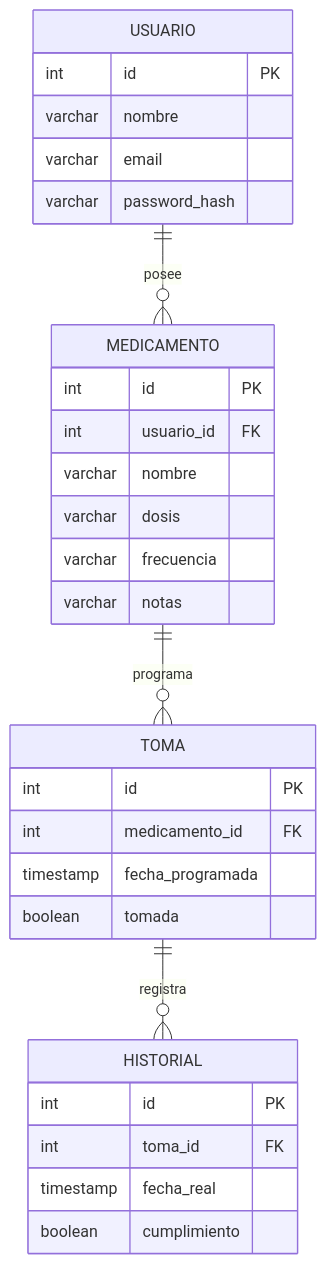
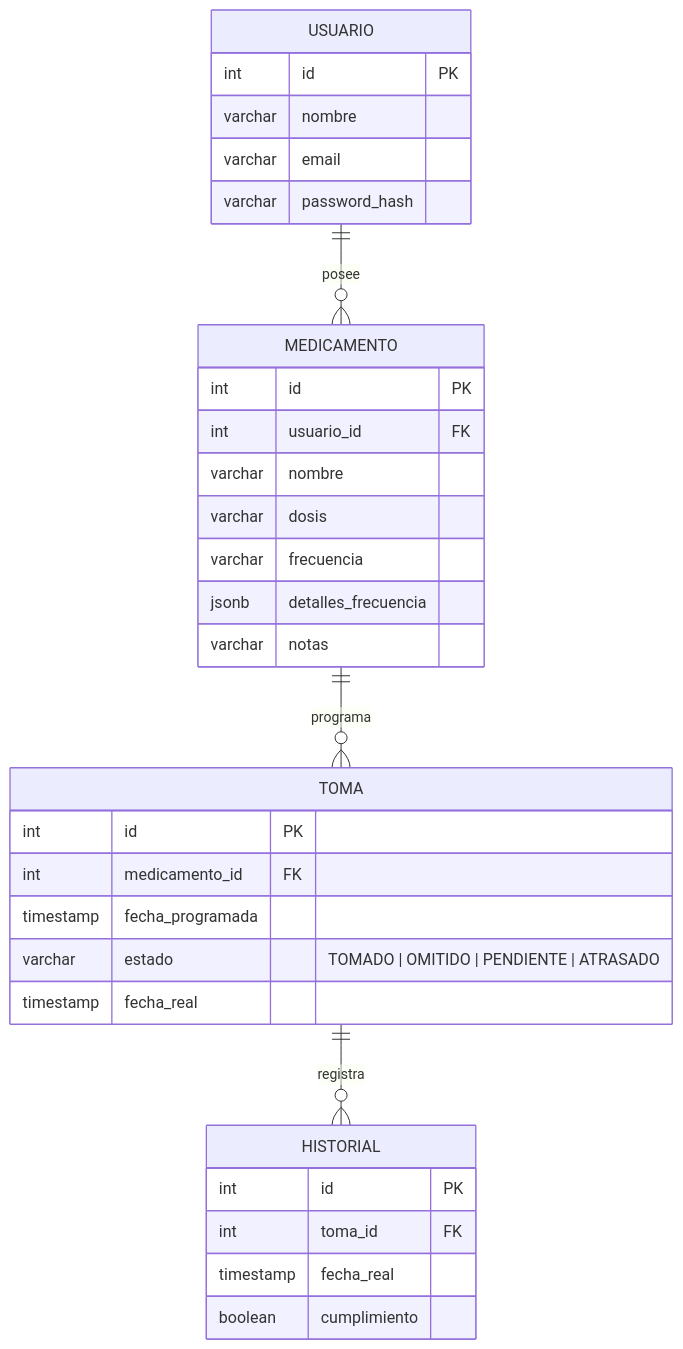
Before and after one commit to ISCOUTB/medtrack-service: the diagram in docs/architecture-diagrams/domain-model.md, drawn with Mermaid. The commit also changed 7 other files, not shown here.

````diff
--- a/docs/architecture-diagrams/domain-model.md
+++ b/docs/architecture-diagrams/domain-model.md
@@ -3,36 +3,38 @@
 ```mermaid
 erDiagram
     USUARIO {
         int id PK
         varchar nombre
         varchar email
         varchar password_hash
     }
 
     MEDICAMENTO {
         int id PK
         int usuario_id FK
         varchar nombre
         varchar dosis
         varchar frecuencia
+        jsonb detalles_frecuencia
         varchar notas
     }
 
     TOMA {
         int id PK
         int medicamento_id FK
         timestamp fecha_programada
-        boolean tomada
+        varchar estado "TOMADO | OMITIDO | PENDIENTE | ATRASADO"
+        timestamp fecha_real
     }
 
     HISTORIAL {
         int id PK
         int toma_id FK
         timestamp fecha_real
         boolean cumplimiento
     }
 
     USUARIO ||--o{ MEDICAMENTO : "posee"
     MEDICAMENTO ||--o{ TOMA : "programa"
     TOMA ||--o{ HISTORIAL : "registra"
 ```
````
